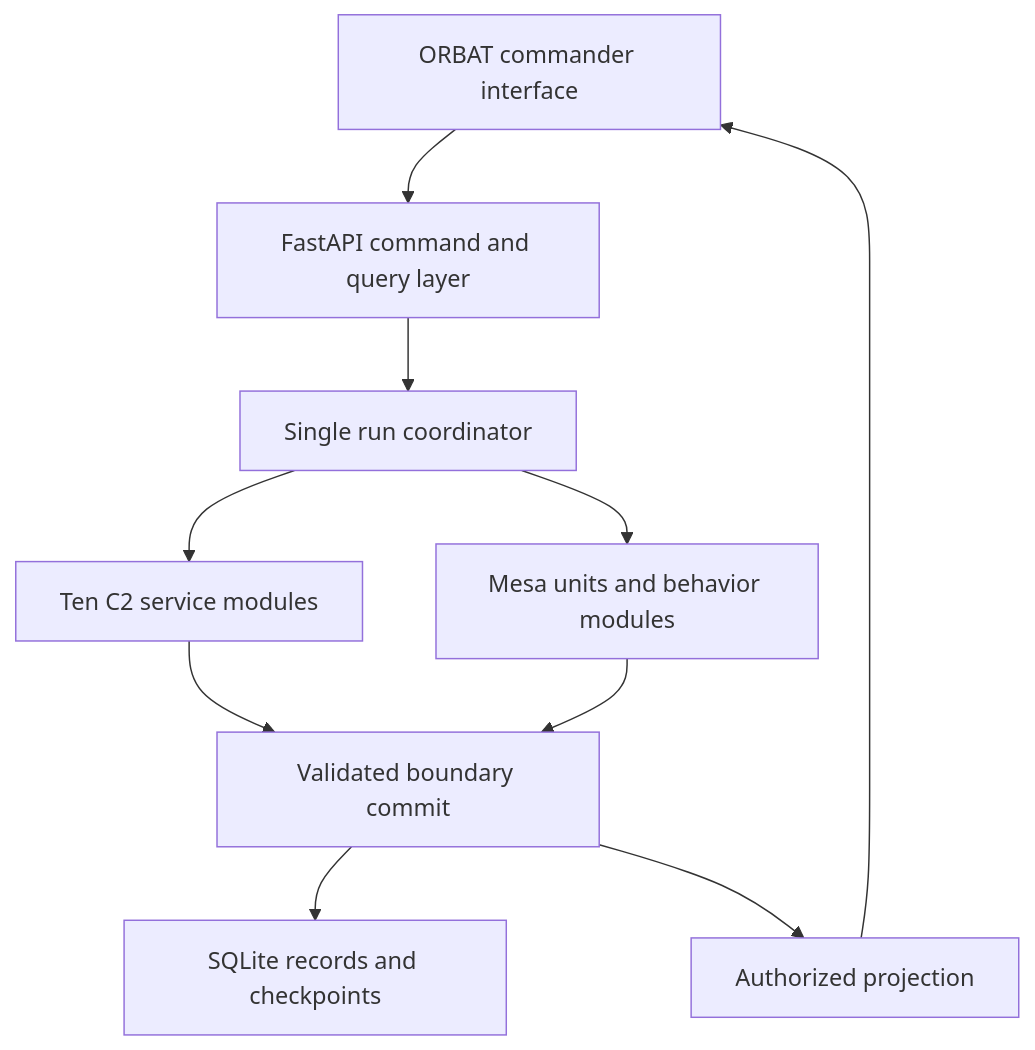
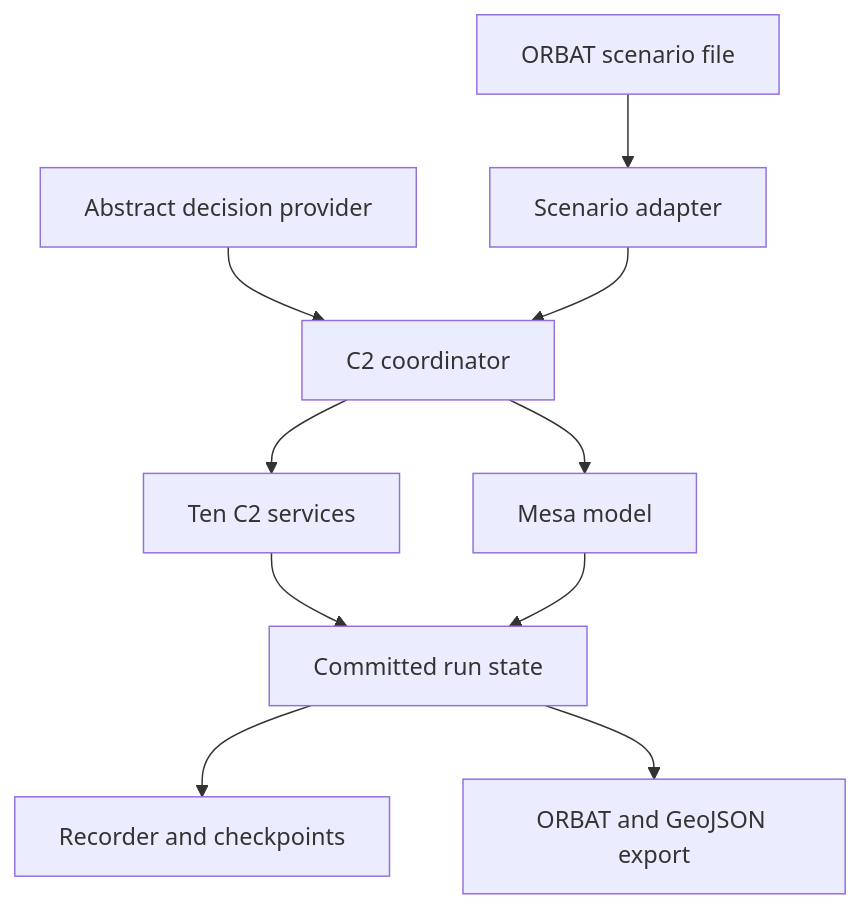
Before and after one commit to anthony-g-drdc-rddc/mesa-orbat-statemachine-c2sim: the diagram in c2-state-machine-implementation-plan.md, drawn with Mermaid. The commit also changed other lines of this file, not shown here.

Commit message:
docs: simplify C2 implementation architecture

````diff
--- a/c2-state-machine-implementation-plan.md
+++ b/c2-state-machine-implementation-plan.md
@@ -47,12 +43,12 @@
 ```mermaid
 flowchart TD
-    UI["ORBAT commander interface"] --> API["FastAPI command and query layer"]
-    API --> CO["Single run coordinator"]
-    CO --> C2["Ten C2 service modules"]
-    CO --> M["Mesa units and behavior modules"]
-    C2 --> TX["Validated boundary commit"]
-    M --> TX
-    TX --> DB["SQLite records and checkpoints"]
-    TX --> P["Authorized projection"]
-    P --> UI
+    OI["ORBAT scenario file"] --> A["Scenario adapter"]
+    D["Abstract decision provider"] --> C["C2 coordinator"]
+    A --> C
+    C --> S["Ten C2 services"]
+    C --> M["Mesa model"]
+    S --> R["Committed run state"]
+    M --> R
+    R --> P["Recorder and checkpoints"]
+    R --> E["ORBAT and GeoJSON export"]
 ```
````
